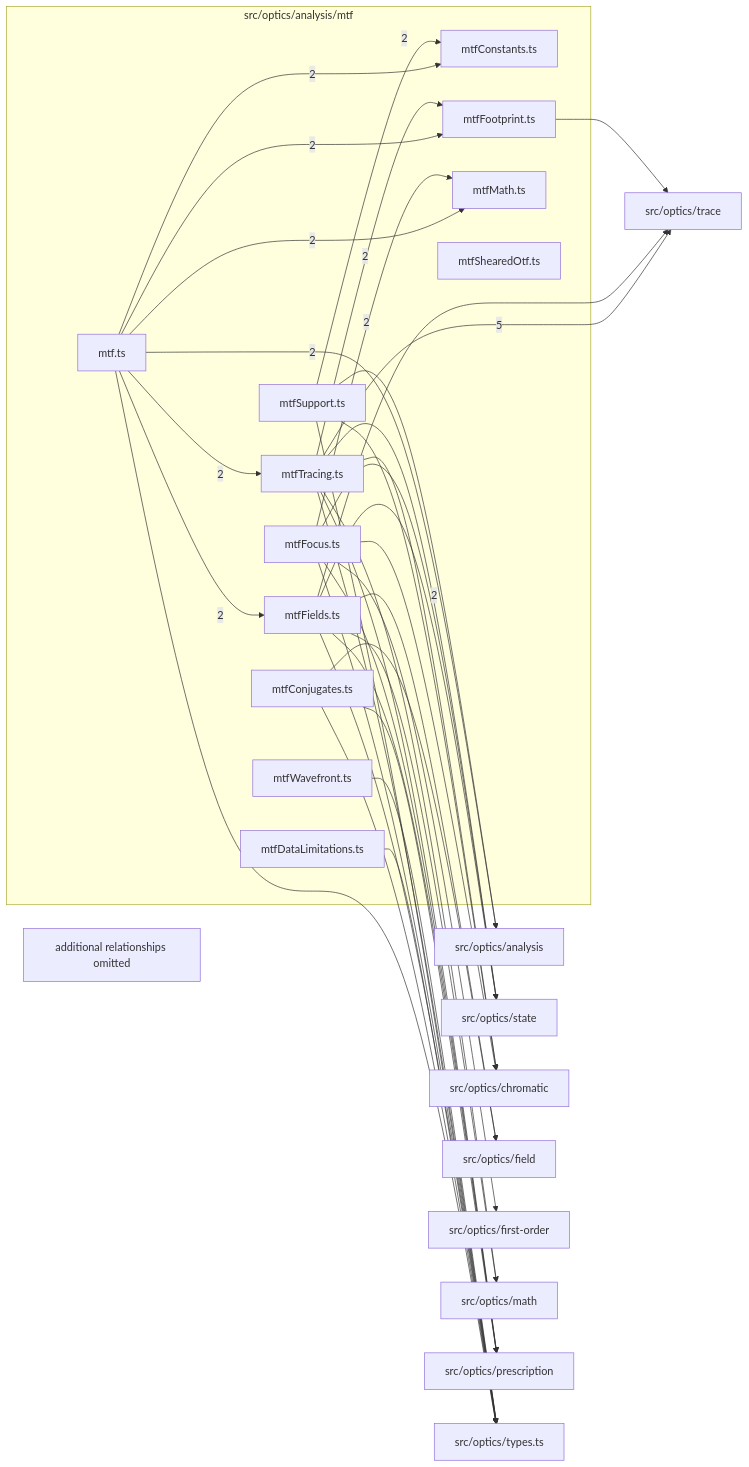
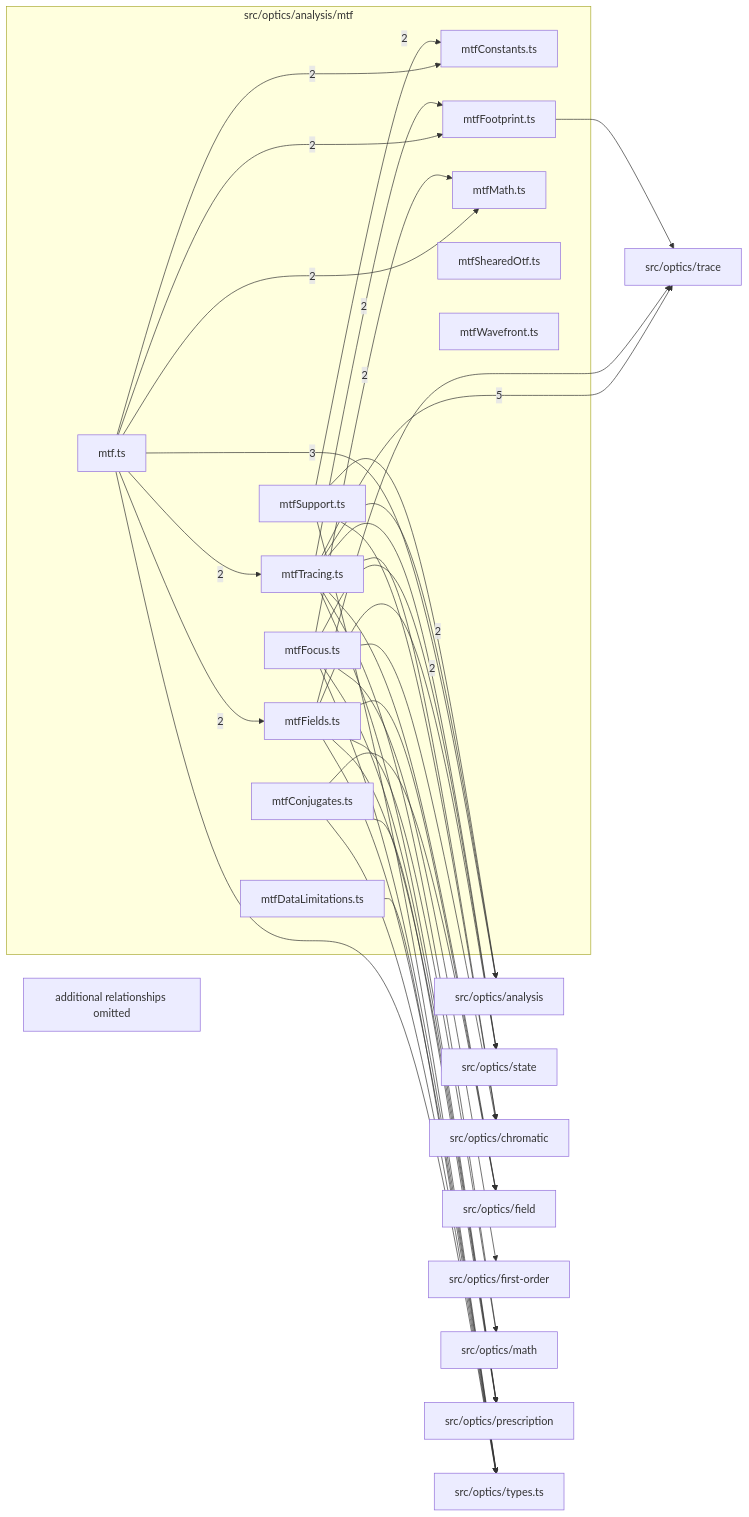
One commit to ronbuening/LensVisualizer changed the diagram in src/optics/analysis/mtf/readme.md. Above: the diagram before and after it, drawn with Mermaid. The commit also changed other lines of this file and 17 other files, not shown here.

````diff
--- a/src/optics/analysis/mtf/readme.md
+++ b/src/optics/analysis/mtf/readme.md
@@ -9,63 +9,63 @@
 ```mermaid
 flowchart LR
   subgraph n_src_optics_analysis_mtf["src/optics/analysis/mtf"]
     n_src_optics_analysis_mtf_src_optics_analysis_mtf_mtf_ts["mtf.ts"]
     n_src_optics_analysis_mtf_src_optics_analysis_mtf_mtfConjugates_ts["mtfConjugates.ts"]
     n_src_optics_analysis_mtf_src_optics_analysis_mtf_mtfConstants_ts["mtfConstants.ts"]
     n_src_optics_analysis_mtf_src_optics_analysis_mtf_mtfDataLimitations_ts["mtfDataLimitations.ts"]
     n_src_optics_analysis_mtf_src_optics_analysis_mtf_mtfFields_ts["mtfFields.ts"]
     n_src_optics_analysis_mtf_src_optics_analysis_mtf_mtfFocus_ts["mtfFocus.ts"]
     n_src_optics_analysis_mtf_src_optics_analysis_mtf_mtfFootprint_ts["mtfFootprint.ts"]
     n_src_optics_analysis_mtf_src_optics_analysis_mtf_mtfMath_ts["mtfMath.ts"]
     n_src_optics_analysis_mtf_src_optics_analysis_mtf_mtfShearedOtf_ts["mtfShearedOtf.ts"]
     n_src_optics_analysis_mtf_src_optics_analysis_mtf_mtfSupport_ts["mtfSupport.ts"]
     n_src_optics_analysis_mtf_src_optics_analysis_mtf_mtfTracing_ts["mtfTracing.ts"]
     n_src_optics_analysis_mtf_src_optics_analysis_mtf_mtfWavefront_ts["mtfWavefront.ts"]
   end
   n_external_src_optics_trace["src/optics/trace"]
   n_external_src_optics_analysis["src/optics/analysis"]
   n_external_src_optics_state["src/optics/state"]
   n_external_src_optics_chromatic["src/optics/chromatic"]
   n_external_src_optics_field["src/optics/field"]
   n_external_src_optics_first_order["src/optics/first-order"]
   n_external_src_optics_math["src/optics/math"]
   n_external_src_optics_prescription["src/optics/prescription"]
   n_external_src_optics_types_ts["src/optics/types.ts"]
   n_src_optics_analysis_mtf_src_optics_analysis_mtf_mtfTracing_ts --> |5| n_external_src_optics_trace
-  n_src_optics_analysis_mtf_src_optics_analysis_mtf_mtf_ts --> |2| n_external_src_optics_analysis
+  n_src_optics_analysis_mtf_src_optics_analysis_mtf_mtf_ts --> |3| n_external_src_optics_analysis
+  n_src_optics_analysis_mtf_src_optics_analysis_mtf_mtfTracing_ts --> |2| n_external_src_optics_analysis
   n_src_optics_analysis_mtf_src_optics_analysis_mtf_mtfFields_ts --> |2| n_external_src_optics_state
   n_src_optics_analysis_mtf_src_optics_analysis_mtf_mtf_ts --> |2| n_src_optics_analysis_mtf_src_optics_analysis_mtf_mtfConstants_ts
   n_src_optics_analysis_mtf_src_optics_analysis_mtf_mtfSupport_ts --> |2| n_src_optics_analysis_mtf_src_optics_analysis_mtf_mtfConstants_ts
   n_src_optics_analysis_mtf_src_optics_analysis_mtf_mtf_ts --> |2| n_src_optics_analysis_mtf_src_optics_analysis_mtf_mtfFields_ts
   n_src_optics_analysis_mtf_src_optics_analysis_mtf_mtf_ts --> |2| n_src_optics_analysis_mtf_src_optics_analysis_mtf_mtfFootprint_ts
   n_src_optics_analysis_mtf_src_optics_analysis_mtf_mtfTracing_ts --> |2| n_src_optics_analysis_mtf_src_optics_analysis_mtf_mtfFootprint_ts
   n_src_optics_analysis_mtf_src_optics_analysis_mtf_mtf_ts --> |2| n_src_optics_analysis_mtf_src_optics_analysis_mtf_mtfMath_ts
   n_src_optics_analysis_mtf_src_optics_analysis_mtf_mtfFocus_ts --> |2| n_src_optics_analysis_mtf_src_optics_analysis_mtf_mtfMath_ts
   n_src_optics_analysis_mtf_src_optics_analysis_mtf_mtf_ts --> |2| n_src_optics_analysis_mtf_src_optics_analysis_mtf_mtfTracing_ts
   n_src_optics_analysis_mtf_src_optics_analysis_mtf_mtfSupport_ts --> n_external_src_optics_analysis
   n_src_optics_analysis_mtf_src_optics_analysis_mtf_mtfFocus_ts --> n_external_src_optics_chromatic
   n_src_optics_analysis_mtf_src_optics_analysis_mtf_mtfSupport_ts --> n_external_src_optics_chromatic
   n_src_optics_analysis_mtf_src_optics_analysis_mtf_mtfTracing_ts --> n_external_src_optics_chromatic
   n_src_optics_analysis_mtf_src_optics_analysis_mtf_mtfConjugates_ts --> n_external_src_optics_field
   n_src_optics_analysis_mtf_src_optics_analysis_mtf_mtfFields_ts --> n_external_src_optics_field
+  n_src_optics_analysis_mtf_src_optics_analysis_mtf_mtfTracing_ts --> n_external_src_optics_field
   n_src_optics_analysis_mtf_src_optics_analysis_mtf_mtfFocus_ts --> n_external_src_optics_first_order
   n_src_optics_analysis_mtf_src_optics_analysis_mtf_mtfFields_ts --> n_external_src_optics_math
   n_src_optics_analysis_mtf_src_optics_analysis_mtf_mtfTracing_ts --> n_external_src_optics_math
   n_src_optics_analysis_mtf_src_optics_analysis_mtf_mtfConjugates_ts --> n_external_src_optics_prescription
   n_src_optics_analysis_mtf_src_optics_analysis_mtf_mtfFields_ts --> n_external_src_optics_prescription
   n_src_optics_analysis_mtf_src_optics_analysis_mtf_mtfFocus_ts --> n_external_src_optics_prescription
   n_src_optics_analysis_mtf_src_optics_analysis_mtf_mtfTracing_ts --> n_external_src_optics_prescription
   n_src_optics_analysis_mtf_src_optics_analysis_mtf_mtfFocus_ts --> n_external_src_optics_state
   n_src_optics_analysis_mtf_src_optics_analysis_mtf_mtfTracing_ts --> n_external_src_optics_state
   n_src_optics_analysis_mtf_src_optics_analysis_mtf_mtfFields_ts --> n_external_src_optics_trace
   n_src_optics_analysis_mtf_src_optics_analysis_mtf_mtfFootprint_ts --> n_external_src_optics_trace
   n_src_optics_analysis_mtf_src_optics_analysis_mtf_mtf_ts --> n_external_src_optics_types_ts
   n_src_optics_analysis_mtf_src_optics_analysis_mtf_mtfConjugates_ts --> n_external_src_optics_types_ts
   n_src_optics_analysis_mtf_src_optics_analysis_mtf_mtfDataLimitations_ts --> n_external_src_optics_types_ts
   n_src_optics_analysis_mtf_src_optics_analysis_mtf_mtfFields_ts --> n_external_src_optics_types_ts
   n_src_optics_analysis_mtf_src_optics_analysis_mtf_mtfFocus_ts --> n_external_src_optics_types_ts
   n_src_optics_analysis_mtf_src_optics_analysis_mtf_mtfSupport_ts --> n_external_src_optics_types_ts
-  n_src_optics_analysis_mtf_src_optics_analysis_mtf_mtfTracing_ts --> n_external_src_optics_types_ts
-  n_src_optics_analysis_mtf_src_optics_analysis_mtf_mtfWavefront_ts --> n_external_src_optics_types_ts
   n_src_optics_analysis_mtf_truncated["additional relationships omitted"]
 ```
````
